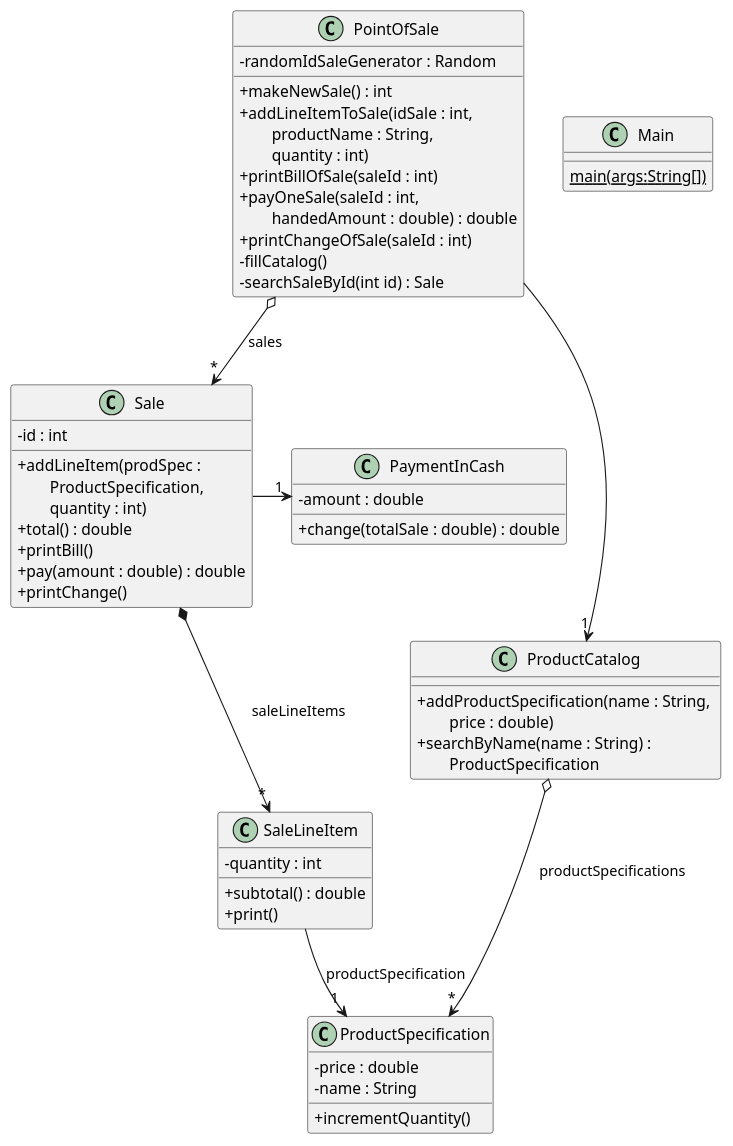
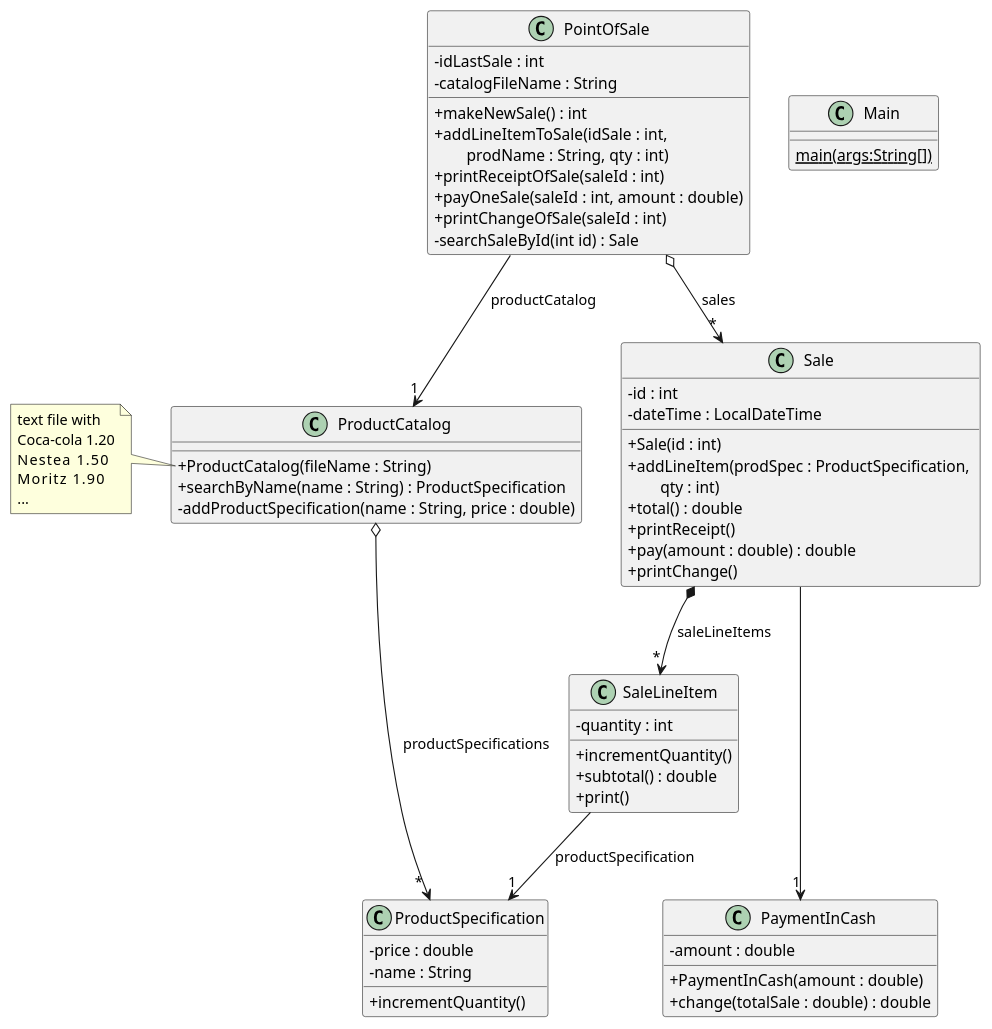
The diagram in src/pos/pos.puml (nilcamprubi/PointOfSale), drawn with PlantUML before and after one commit. The commit also changed 8 other files, not shown here.

Commit message:
correccions, plantUML

```diff
--- a/src/pos/pos.puml
+++ b/src/pos/pos.puml
@@ -1,58 +1,70 @@
 @startuml
 'https://plantuml.com/class-diagram
 skinparam classAttributeIconSize 0
 
 class Main {
 {static} main(args:String[])
 }
 
 class PointOfSale {
-'- idLastSale : int
-- randomIdSaleGenerator : Random
+- idLastSale : int
+- catalogFileName : String
 + makeNewSale() : int
-+ addLineItemToSale(idSale : int, \n\tproductName : String,\n\tquantity : int)
-+ printBillOfSale(saleId : int)
-+ payOneSale(saleId : int, \n\thandedAmount : double) : double
++ addLineItemToSale(idSale : int, \n\tprodName : String, qty : int)
++ printReceiptOfSale(saleId : int)
++ payOneSale(saleId : int, amount : double)
 + printChangeOfSale(saleId : int)
-- fillCatalog()
 - searchSaleById(int id) : Sale
 }
 
 class ProductCatalog {
-+ addProductSpecification(name : String, \n\tprice : double)
-+ searchByName(name : String) : \n\tProductSpecification
++ ProductCatalog(fileName : String)
++ searchByName(name : String) : ProductSpecification
+- addProductSpecification(name : String, price : double)
+}
+
+note left of ProductCatalog::ProductCatalog {
+text file with
+Coca-cola 1.20
+Nestea    1.50
+Moritz    1.90
+...
 }
 
 class ProductSpecification {
 - price : double
 - name : String
 + incrementQuantity()
 }
 
 class Sale {
 - id : int
-+ addLineItem(prodSpec : \n\tProductSpecification, \n\tquantity : int)
+- dateTime : LocalDateTime
++ Sale(id : int)
++ addLineItem(prodSpec : ProductSpecification, \n\tqty : int)
 + total() : double
-+ printBill()
++ printReceipt()
 + pay(amount : double) : double
 + printChange()
 }
 
 class PaymentInCash {
 - amount : double
++ PaymentInCash(amount : double)
 + change(totalSale : double) : double
 }
 
 class SaleLineItem {
 - quantity : int
++ incrementQuantity()
 + subtotal() : double
 + print()
 }
 
 PointOfSale o--> "*" Sale : sales
 Sale *--> "*" SaleLineItem : saleLineItems
 SaleLineItem --> "1" ProductSpecification : productSpecification
-PointOfSale --> "1" ProductCatalog
-ProductCatalog o--> "*" ProductSpecification : productSpecifications
-Sale -> "1" PaymentInCash
+PointOfSale --> "1" ProductCatalog : productCatalog
+ProductCatalog o--> " * " ProductSpecification : productSpecifications
+Sale ---> "1" PaymentInCash
 @enduml
```
